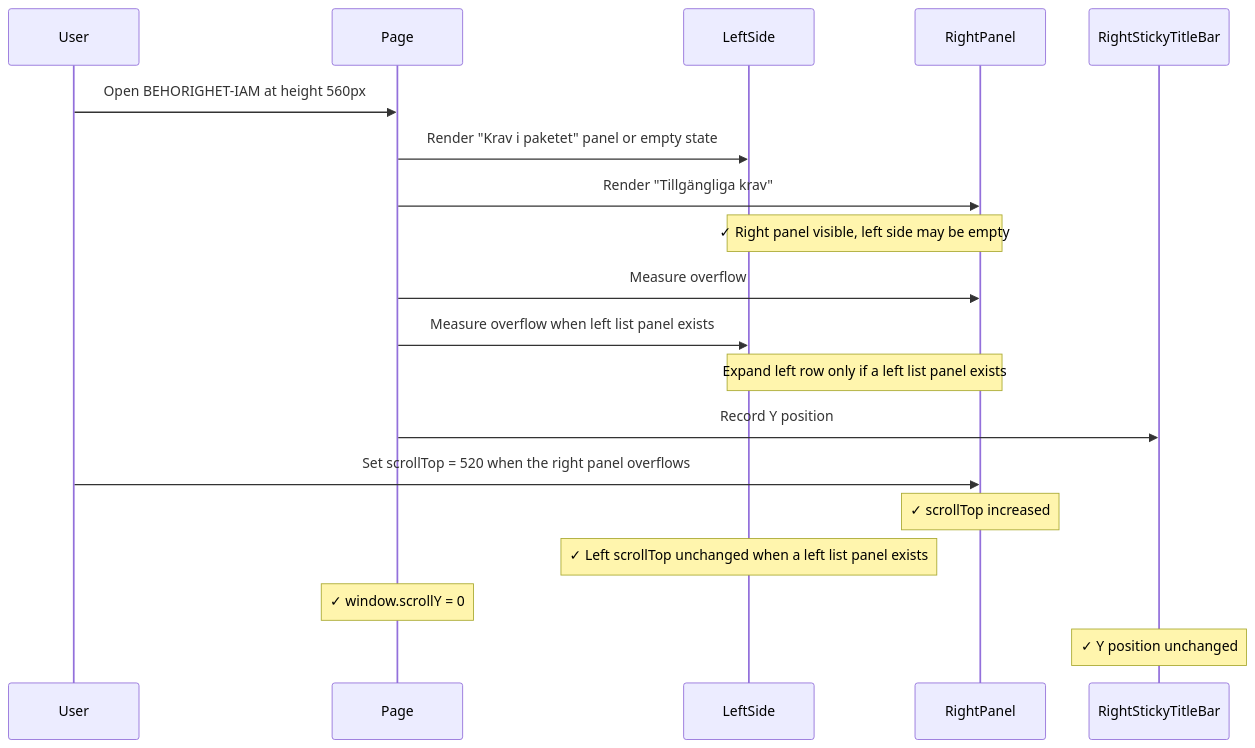
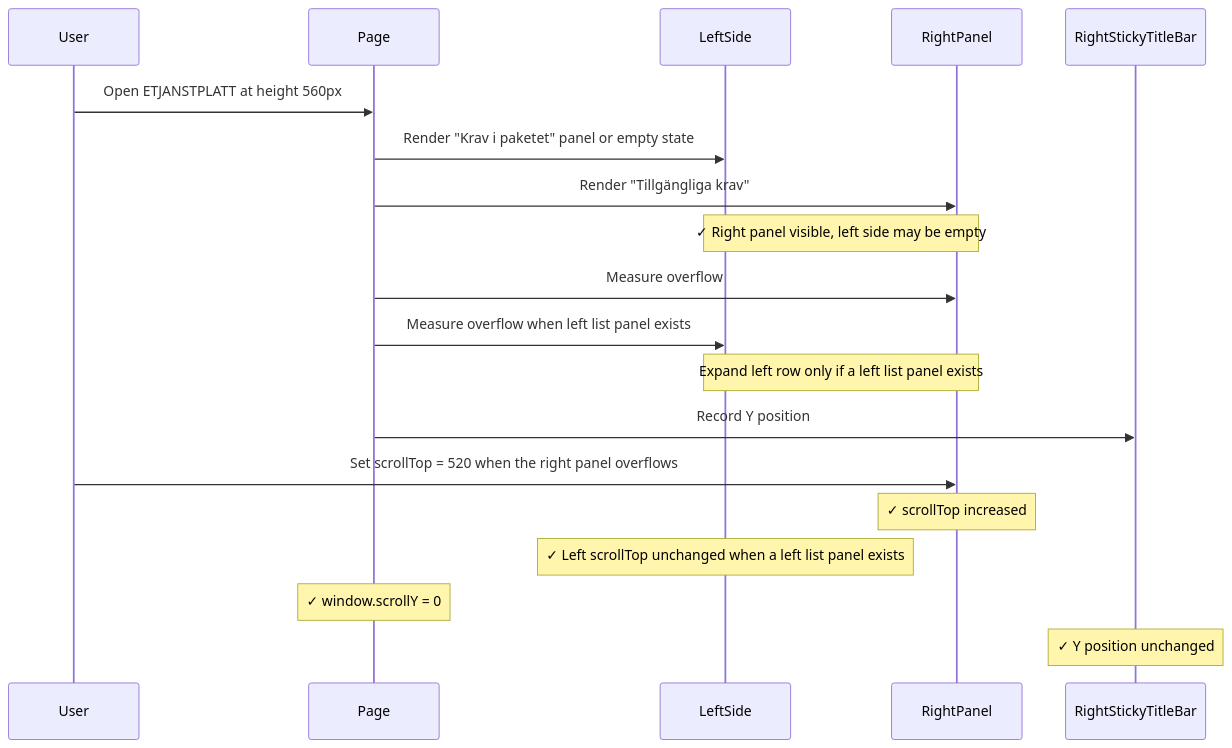
The third of 4 diagrams in tests/integration/requirement-package-detail.md (viscalyx/Kravhantering), drawn with Mermaid before and after one commit. The commit also changed other lines of this file and 20 other files, not shown here.

````diff
--- a/tests/integration/requirement-package-detail.md
+++ b/tests/integration/requirement-package-detail.md
@@ -125,22 +125,22 @@
 ```mermaid
 sequenceDiagram
     participant U as User
     participant P as Page
     participant L as LeftSide
     participant R as RightPanel
     participant Bar as RightStickyTitleBar
 
-    U->>P: Open BEHORIGHET-IAM at height 560px
+    U->>P: Open ETJANSTPLATT at height 560px
     P->>L: Render "Krav i paketet" panel or empty state
     P->>R: Render "Tillgängliga krav"
     Note over L,R: ✓ Right panel visible, left side may be empty
     P->>R: Measure overflow
     P->>L: Measure overflow when left list panel exists
     Note over L,R: Expand left row only if a left list panel exists
     P->>Bar: Record Y position
     U->>R: Set scrollTop = 520 when the right panel overflows
     Note over R: ✓ scrollTop increased
     Note over L: ✓ Left scrollTop unchanged when a left list panel exists
     Note over P: ✓ window.scrollY = 0
     Note over Bar: ✓ Y position unchanged
 ```
````
